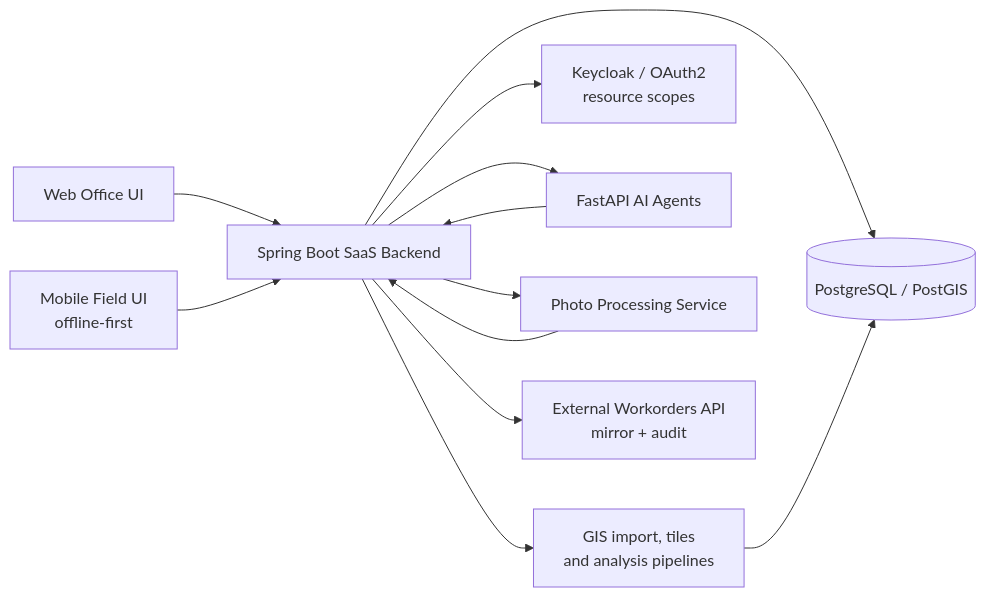
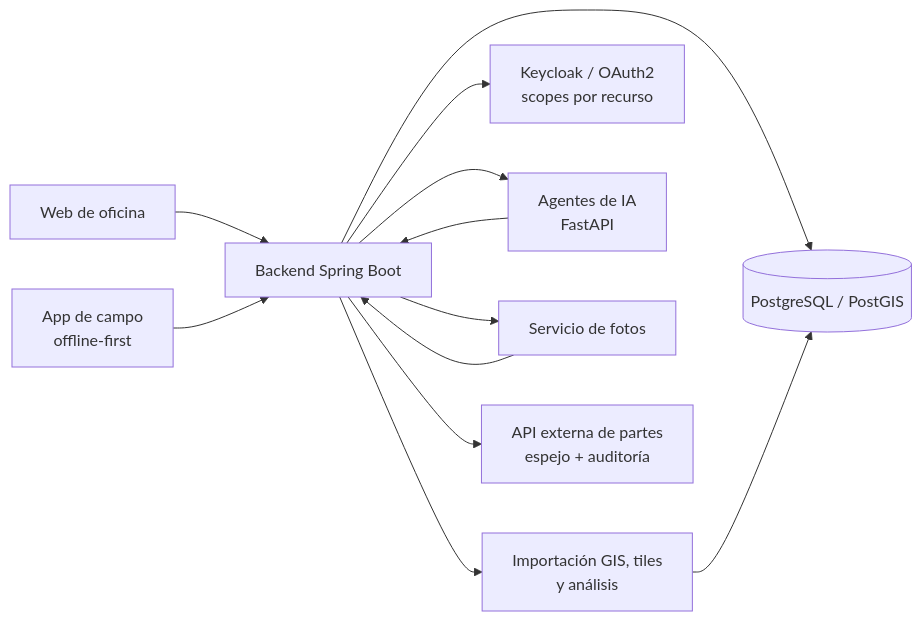
Before and after one commit to rabiiie/rsamadi-portfolio: the diagram in README.md, drawn with Mermaid. The commit also changed other lines of this file and 1 other file, not shown here.

First line of the commit message:
Pasar el README y el caso de AppFibra a espanol

````diff
--- a/README.md
+++ b/README.md
@@ -47,15 +47,15 @@
 ```mermaid
 flowchart LR
-    Web["Web Office UI"] --> API["Spring Boot SaaS Backend"]
-    Mobile["Mobile Field UI<br/>offline-first"] --> API
+    Web["Web de oficina"] --> API["Backend Spring Boot"]
+    Mobile["App de campo<br/>offline-first"] --> API
     API --> DB[("PostgreSQL / PostGIS")]
-    API --> GIS["GIS import, tiles<br/>and analysis pipelines"]
-    API --> IAM["Keycloak / OAuth2<br/>resource scopes"]
-    API --> Agents["FastAPI AI Agents"]
-    API --> Photos["Photo Processing Service"]
-    API --> External["External Workorders API<br/>mirror + audit"]
+    API --> GIS["Importación GIS, tiles<br/>y análisis"]
+    API --> IAM["Keycloak / OAuth2<br/>scopes por recurso"]
+    API --> Agents["Agentes de IA<br/>FastAPI"]
+    API --> Photos["Servicio de fotos"]
+    API --> External["API externa de partes<br/>espejo + auditoría"]
 
     GIS --> DB
     Agents --> API
     Photos --> API
 ```
````
